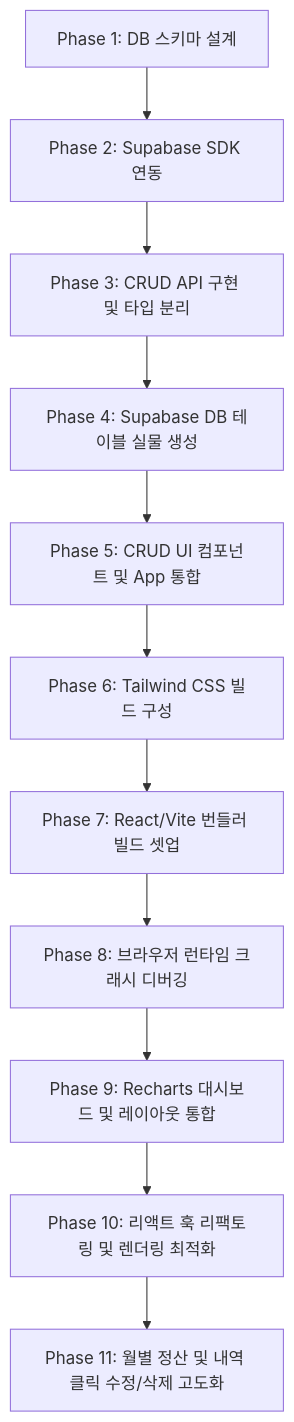
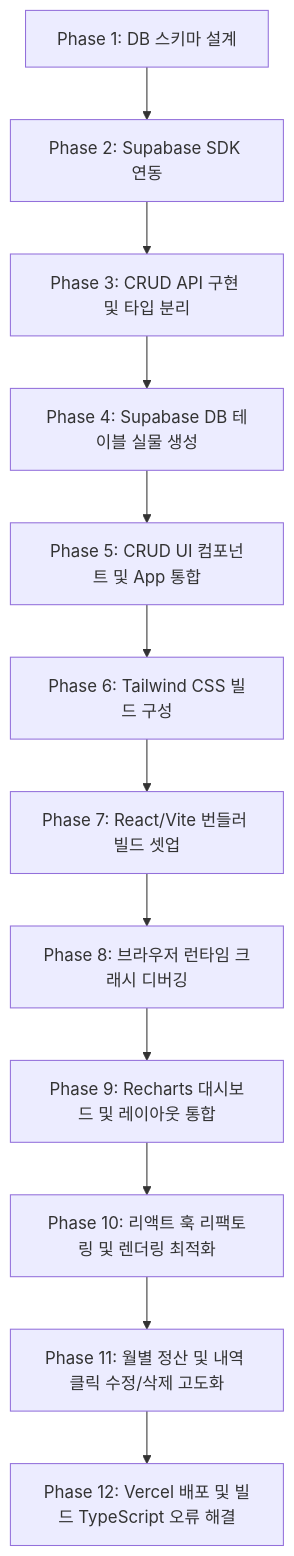
The diagram in PROMPT.md (cj45jung-art/household-accounts), drawn with Mermaid before and after one commit. The commit also changed other lines of this file and 1 other file, not shown here.

Commit message:
docs: document Vercel build error resolution in README and PROMPT

````diff
--- a/PROMPT.md
+++ b/PROMPT.md
@@ -9,13 +9,14 @@
 ```mermaid
 graph TD
     A[Phase 1: DB 스키마 설계] --> B[Phase 2: Supabase SDK 연동]
     B --> C[Phase 3: CRUD API 구현 및 타입 분리]
     C --> D[Phase 4: Supabase DB 테이블 실물 생성]
     D --> E[Phase 5: CRUD UI 컴포넌트 및 App 통합]
     E --> F[Phase 6: Tailwind CSS 빌드 구성]
     F --> G[Phase 7: React/Vite 번들러 빌드 셋업]
     G --> H[Phase 8: 브라우저 런타임 크래시 디버깅]
     H --> I[Phase 9: Recharts 대시보드 및 레이아웃 통합]
     I --> J[Phase 10: 리액트 훅 리팩토링 및 렌더링 최적화]
     J --> K[Phase 11: 월별 정산 및 내역 클릭 수정/삭제 고도화]
+    K --> L[Phase 12: Vercel 배포 및 빌드 TypeScript 오류 해결]
 ```
````
